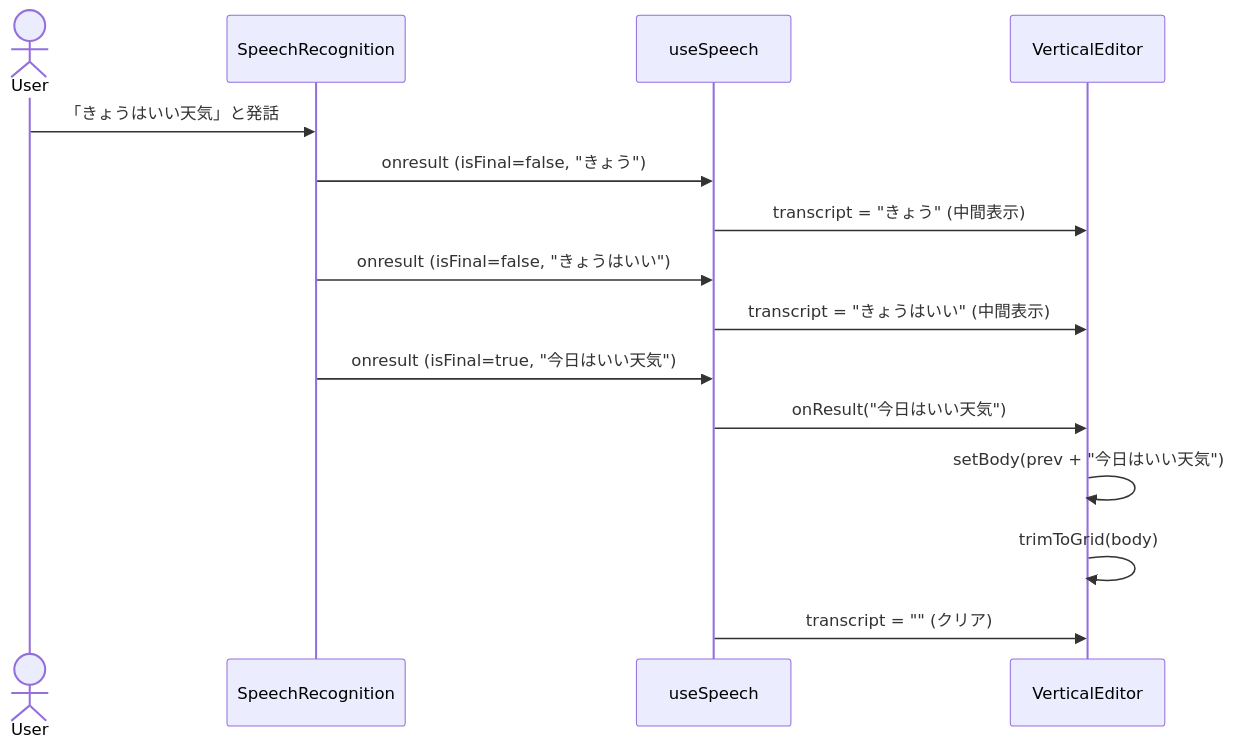
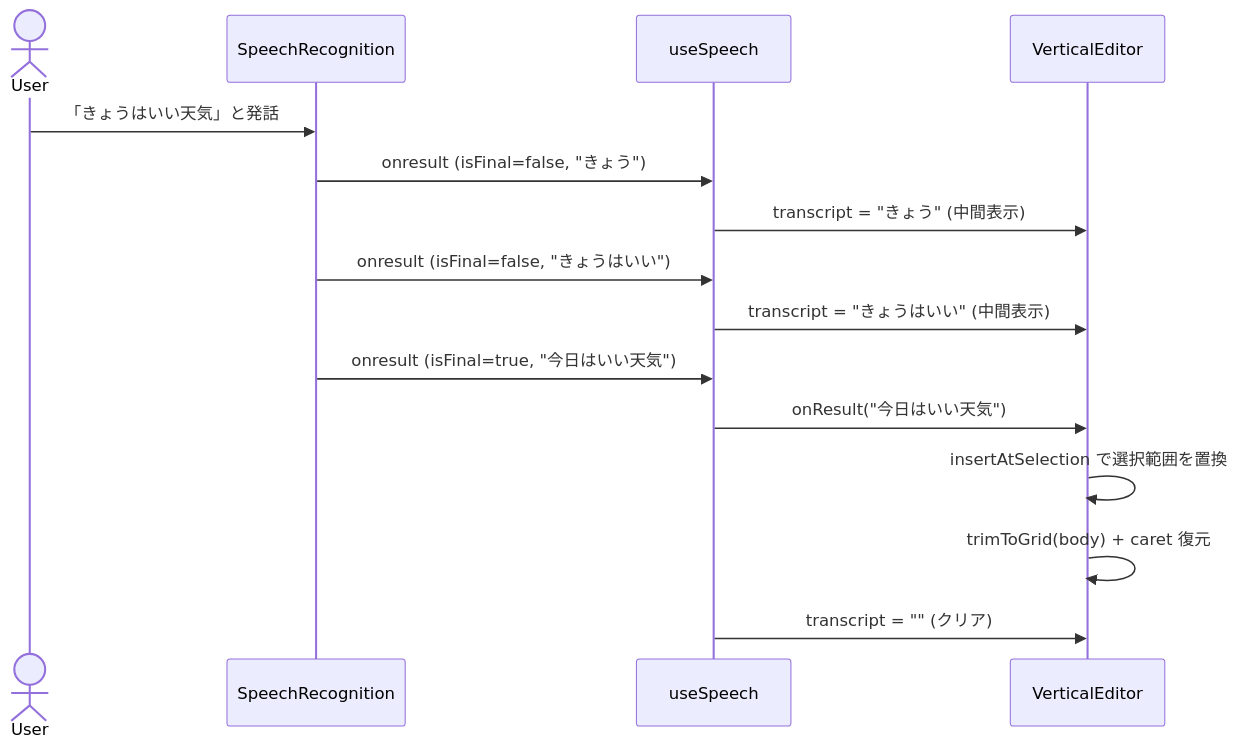
The third of 3 diagrams in docs/architecture/speech-input.md (shimabox/400-diary), drawn with Mermaid before and after one commit. The commit also changed other lines of this file and 12 other files, not shown here.

````diff
--- a/docs/architecture/speech-input.md
+++ b/docs/architecture/speech-input.md
@@ -64,18 +64,18 @@
 ```mermaid
 sequenceDiagram
     actor User
     participant SR as SpeechRecognition
     participant Hook as useSpeech
     participant Editor as VerticalEditor
 
     User->>SR: 「きょうはいい天気」と発話
     SR->>Hook: onresult (isFinal=false, "きょう")
     Hook->>Editor: transcript = "きょう" (中間表示)
     SR->>Hook: onresult (isFinal=false, "きょうはいい")
     Hook->>Editor: transcript = "きょうはいい" (中間表示)
     SR->>Hook: onresult (isFinal=true, "今日はいい天気")
     Hook->>Editor: onResult("今日はいい天気")
-    Editor->>Editor: setBody(prev + "今日はいい天気")
-    Editor->>Editor: trimToGrid(body)
+    Editor->>Editor: insertAtSelection で選択範囲を置換
+    Editor->>Editor: trimToGrid(body) + caret 復元
     Hook->>Editor: transcript = "" (クリア)
 ```
````
